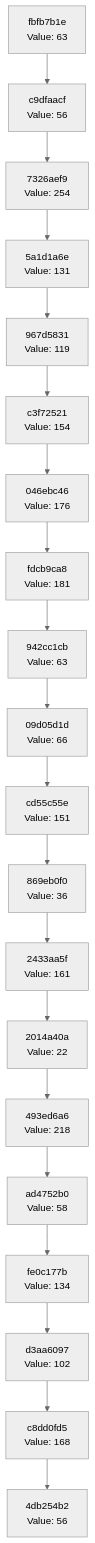
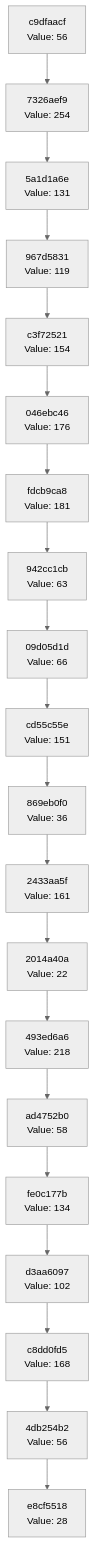
The diagram in docs/CHAIN_VISUALIZATION.md (Abhisheksinha1506/hash-chain-evolver), drawn with Mermaid (neutral theme) before and after one commit. The commit also changed 2 other files, not shown here.

Commit message:
Evolution step: hash 0x1C → action executed

````diff
--- a/docs/CHAIN_VISUALIZATION.md
+++ b/docs/CHAIN_VISUALIZATION.md
@@ -3,42 +3,42 @@
 ```mermaid
 graph TD
-    C0["4db254b2<br/>Value: 56"]
-    C1["c8dd0fd5<br/>Value: 168"]
+    C0["e8cf5518<br/>Value: 28"]
+    C1["4db254b2<br/>Value: 56"]
     C1 --> C0
-    C2["d3aa6097<br/>Value: 102"]
+    C2["c8dd0fd5<br/>Value: 168"]
     C2 --> C1
-    C3["fe0c177b<br/>Value: 134"]
+    C3["d3aa6097<br/>Value: 102"]
     C3 --> C2
-    C4["ad4752b0<br/>Value: 58"]
+    C4["fe0c177b<br/>Value: 134"]
     C4 --> C3
-    C5["493ed6a6<br/>Value: 218"]
+    C5["ad4752b0<br/>Value: 58"]
     C5 --> C4
-    C6["2014a40a<br/>Value: 22"]
+    C6["493ed6a6<br/>Value: 218"]
     C6 --> C5
-    C7["2433aa5f<br/>Value: 161"]
+    C7["2014a40a<br/>Value: 22"]
     C7 --> C6
-    C8["869eb0f0<br/>Value: 36"]
+    C8["2433aa5f<br/>Value: 161"]
     C8 --> C7
-    C9["cd55c55e<br/>Value: 151"]
+    C9["869eb0f0<br/>Value: 36"]
     C9 --> C8
-    C10["09d05d1d<br/>Value: 66"]
+    C10["cd55c55e<br/>Value: 151"]
     C10 --> C9
-    C11["942cc1cb<br/>Value: 63"]
+    C11["09d05d1d<br/>Value: 66"]
     C11 --> C10
-    C12["fdcb9ca8<br/>Value: 181"]
+    C12["942cc1cb<br/>Value: 63"]
     C12 --> C11
-    C13["046ebc46<br/>Value: 176"]
+    C13["fdcb9ca8<br/>Value: 181"]
     C13 --> C12
-    C14["c3f72521<br/>Value: 154"]
+    C14["046ebc46<br/>Value: 176"]
     C14 --> C13
-    C15["967d5831<br/>Value: 119"]
+    C15["c3f72521<br/>Value: 154"]
     C15 --> C14
-    C16["5a1d1a6e<br/>Value: 131"]
+    C16["967d5831<br/>Value: 119"]
     C16 --> C15
-    C17["7326aef9<br/>Value: 254"]
+    C17["5a1d1a6e<br/>Value: 131"]
     C17 --> C16
-    C18["c9dfaacf<br/>Value: 56"]
+    C18["7326aef9<br/>Value: 254"]
     C18 --> C17
-    C19["fbfb7b1e<br/>Value: 63"]
+    C19["c9dfaacf<br/>Value: 56"]
     C19 --> C18
 ```
````
